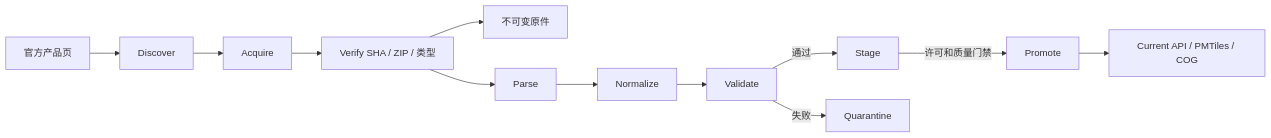
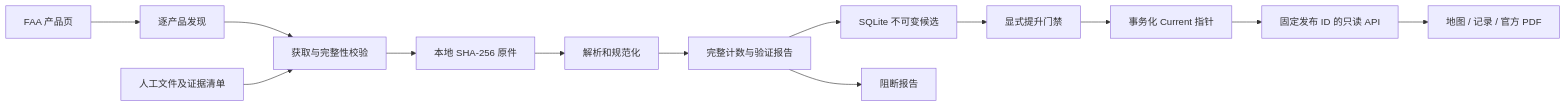
The diagram in docs/architecture.md (NightLemon/flight-map), drawn with Mermaid before and after one commit. The commit also changed other lines of this file and 8 other files, not shown here.

````diff
--- a/docs/architecture.md
+++ b/docs/architecture.md
@@ -7,14 +5,15 @@
 ```mermaid
 flowchart LR
-    A[官方产品页] --> B[Discover]
-    B --> C[Acquire]
-    C --> D[Verify SHA / ZIP / 类型]
-    D --> E[不可变原件]
-    D --> F[Parse]
-    F --> G[Normalize]
-    G --> H[Validate]
-    H -->|通过| I[Stage]
-    H -->|失败| Q[Quarantine]
-    I -->|许可和质量门禁| J[Promote]
-    J --> K[Current API / PMTiles / COG]
+  P[FAA 产品页] --> D[逐产品发现]
+  D --> A[获取与完整性校验]
+  M[人工文件及证据清单] --> A
+  A --> R[本地 SHA-256 原件]
+  R --> N[解析和规范化]
+  N --> V[完整计数与验证报告]
+  V --> S[SQLite 不可变候选]
+  S --> G[显式提升门禁]
+  G --> C[事务化 Current 指针]
+  C --> Q[固定发布 ID 的只读 API]
+  Q --> U[地图 / 记录 / 官方 PDF]
+  V --> B[阻断报告]
 ```
````
